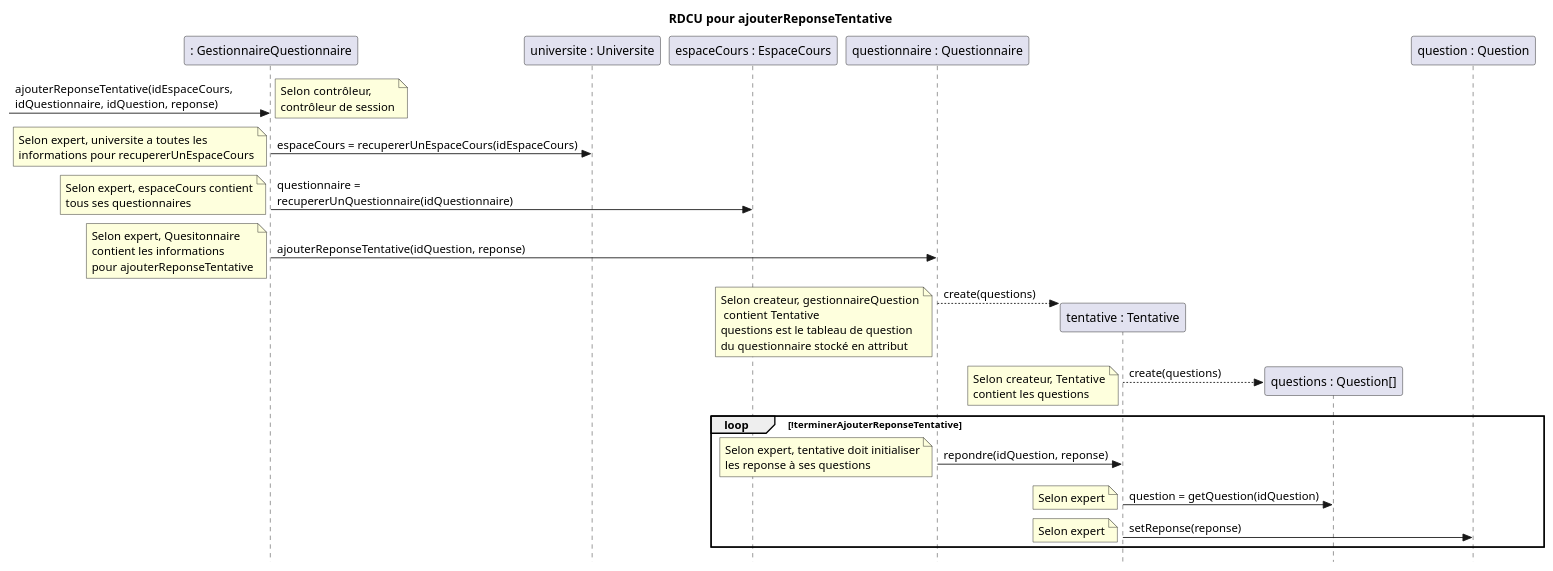
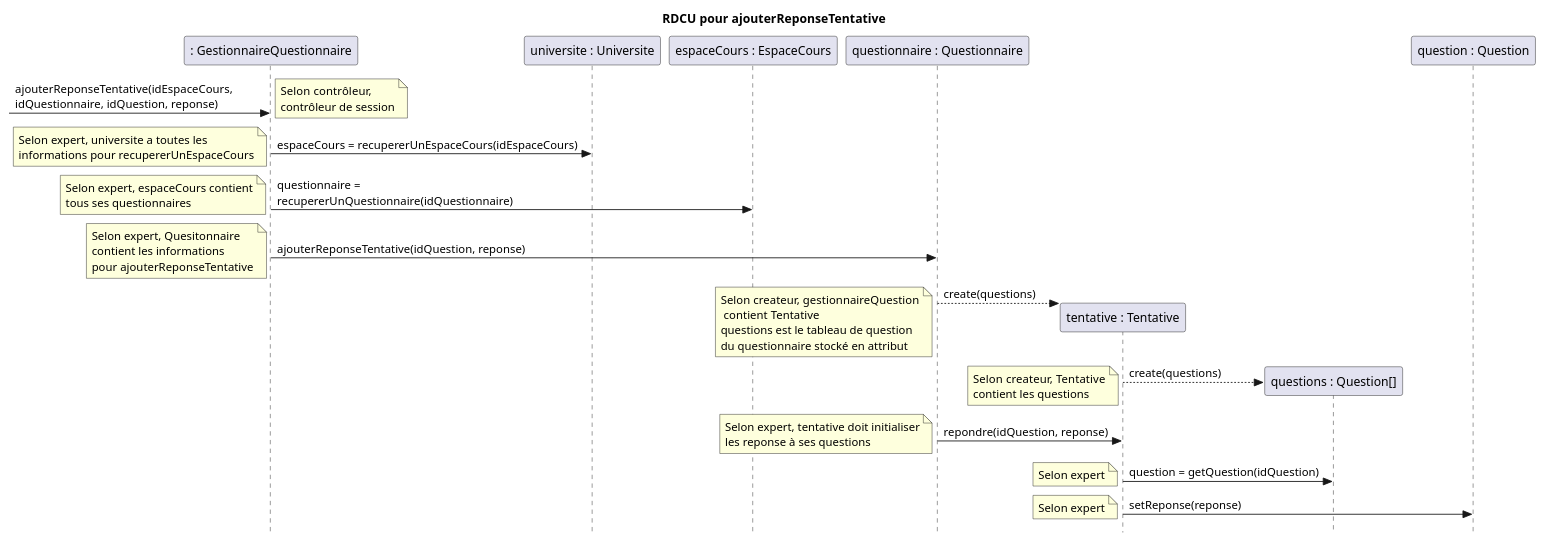
Before and after one commit to nerdz88/SGA-TS: the third of 4 diagrams in docs/Passer questionnaire/RDCU_passerQuestionnaire.puml, drawn with PlantUML. The commit also changed 19 other files, not shown here.

```diff
--- a/docs/Passer questionnaire/RDCU_passerQuestionnaire.puml
+++ b/docs/Passer questionnaire/RDCU_passerQuestionnaire.puml
@@ -34,32 +34,30 @@
 @startuml ajouterReponseTentative
 skinparam style strictuml
 skinparam defaultfontname Verdana
 title RDCU pour ajouterReponseTentative
 participant ": GestionnaireQuestionnaire" as gestionnaireQuestion
 participant "universite : Universite" as universite
 participant "espaceCours : EspaceCours" as cours
 participant "questionnaire : Questionnaire" as questionnaire
 participant "tentative : Tentative" as tentative
 participant "questions : Question[]" as questions
 participant "question : Question" as question
 -> gestionnaireQuestion : ajouterReponseTentative(idEspaceCours,\nidQuestionnaire, idQuestion, reponse)
 note left : Selon contrôleur,\ncontrôleur de session
 gestionnaireQuestion -> universite : espaceCours = recupererUnEspaceCours(idEspaceCours)
 note left : Selon expert, universite a toutes les\ninformations pour recupererUnEspaceCours
 gestionnaireQuestion -> cours : questionnaire =\nrecupererUnQuestionnaire(idQuestionnaire)
 note left : Selon expert, espaceCours contient\ntous ses questionnaires
 gestionnaireQuestion -> questionnaire : ajouterReponseTentative(idQuestion, reponse)
 note left : Selon expert, Quesitonnaire\ncontient les informations\npour ajouterReponseTentative
 questionnaire --> tentative** : create(questions)
 note left : Selon createur, gestionnaireQuestion\n contient Tentative\nquestions est le tableau de question\ndu questionnaire stocké en attribut
 tentative --> questions** : create(questions)
 note left : Selon createur, Tentative\ncontient les questions
-loop !terminerAjouterReponseTentative
 questionnaire -> tentative : repondre(idQuestion, reponse)
 note left : Selon expert, tentative doit initialiser\nles reponse à ses questions
 tentative -> questions : question = getQuestion(idQuestion)
 note left : Selon expert
 tentative -> question : setReponse(reponse)
 note left : Selon expert
-end
 @enduml
```
